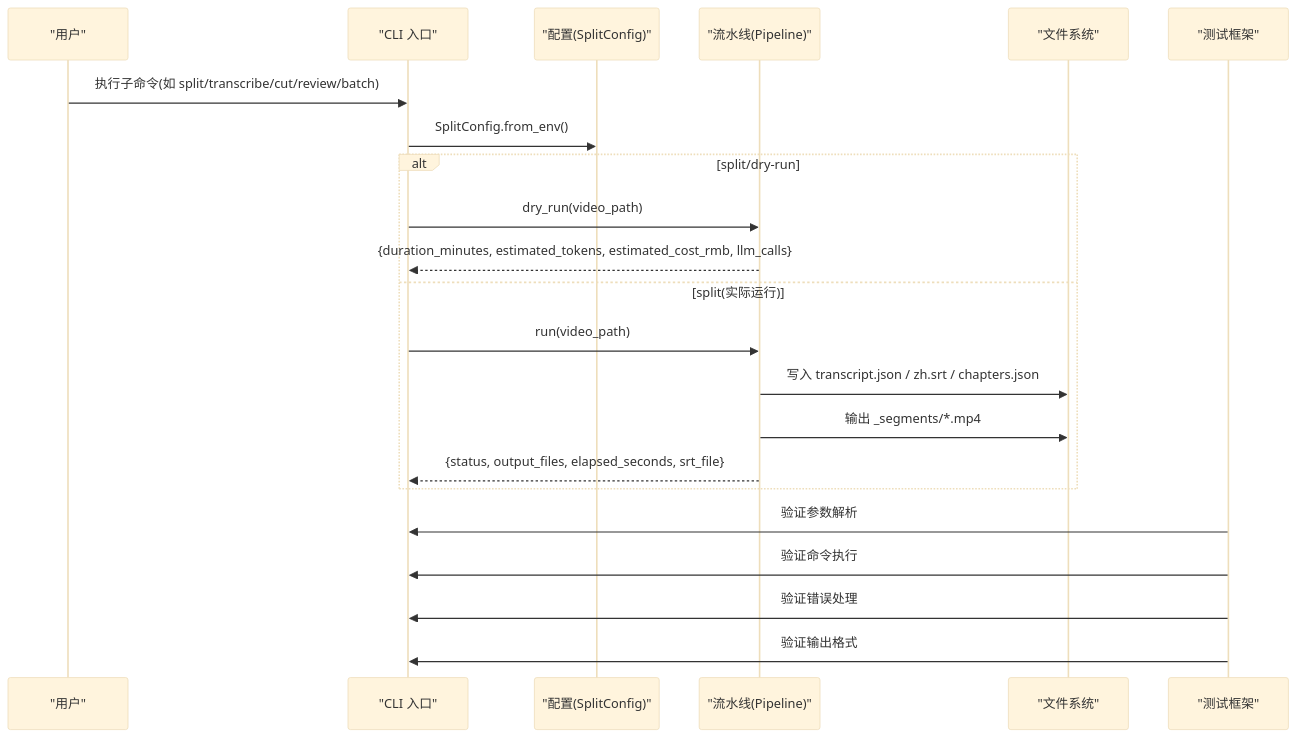
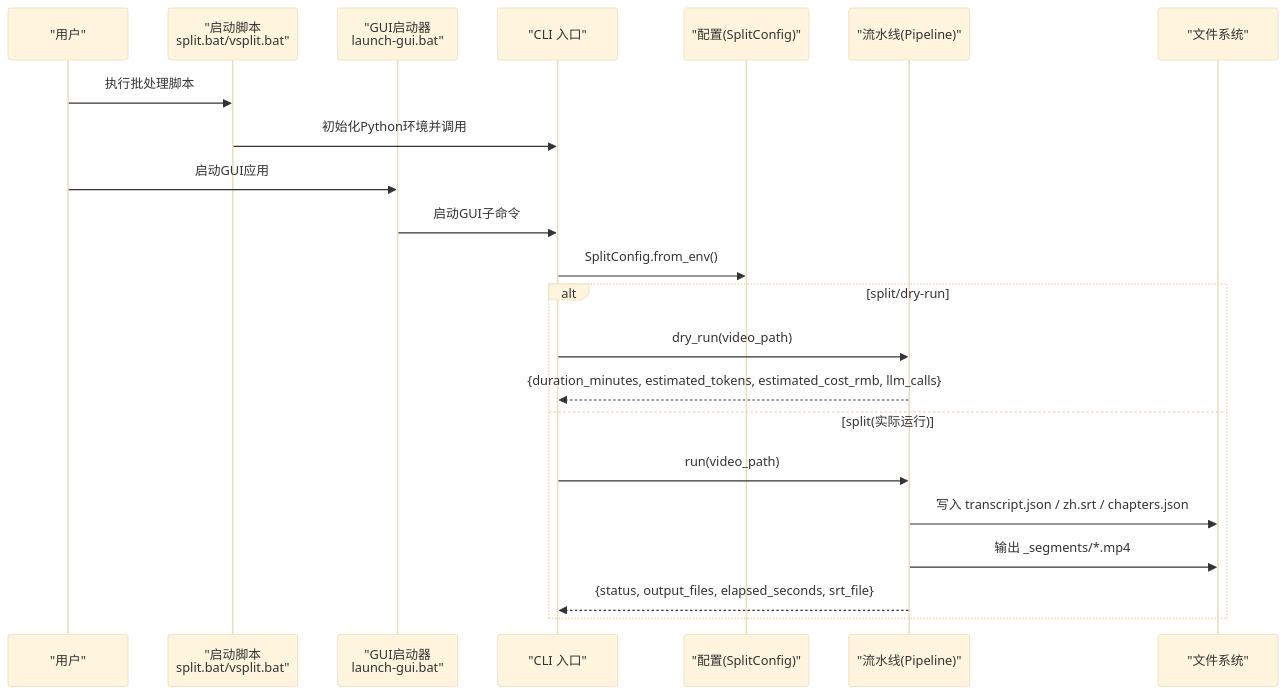
One commit to boyingliu01/VideoSplitter changed the second of 2 diagrams in .qoder/repowiki/zh/content/命令行界面.md. Above: the diagram before and after it, drawn with Mermaid (base theme). The commit also changed other lines of this file and 59 other files, not shown here.

````diff
--- a/.qoder/repowiki/zh/content/命令行界面.md
+++ b/.qoder/repowiki/zh/content/命令行界面.md
@@ -83,24 +87,24 @@
 ```mermaid
 sequenceDiagram
 participant U as "用户"
+participant S as "启动脚本<br/>split.bat/vsplit.bat"
+participant G as "GUI启动器<br/>launch-gui.bat"
 participant CLI as "CLI 入口"
 participant CFG as "配置(SplitConfig)"
 participant P as "流水线(Pipeline)"
 participant FS as "文件系统"
-participant T as "测试框架"
-U->>CLI : 执行子命令(如 split/transcribe/cut/review/batch)
+U->>S : 执行批处理脚本
+S->>CLI : 初始化Python环境并调用
+U->>G : 启动GUI应用
+G->>CLI : 启动GUI子命令
 CLI->>CFG : SplitConfig.from_env()
 alt split/dry-run
 CLI->>P : dry_run(video_path)
 P-->>CLI : {duration_minutes, estimated_tokens, estimated_cost_rmb, llm_calls}
 else split(实际运行)
 CLI->>P : run(video_path)
 P->>FS : 写入 transcript.json / zh.srt / chapters.json
 P->>FS : 输出 _segments/*.mp4
 P-->>CLI : {status, output_files, elapsed_seconds, srt_file}
 end
-T->>CLI : 验证参数解析
-T->>CLI : 验证命令执行
-T->>CLI : 验证错误处理
-T->>CLI : 验证输出格式
 ```
````
